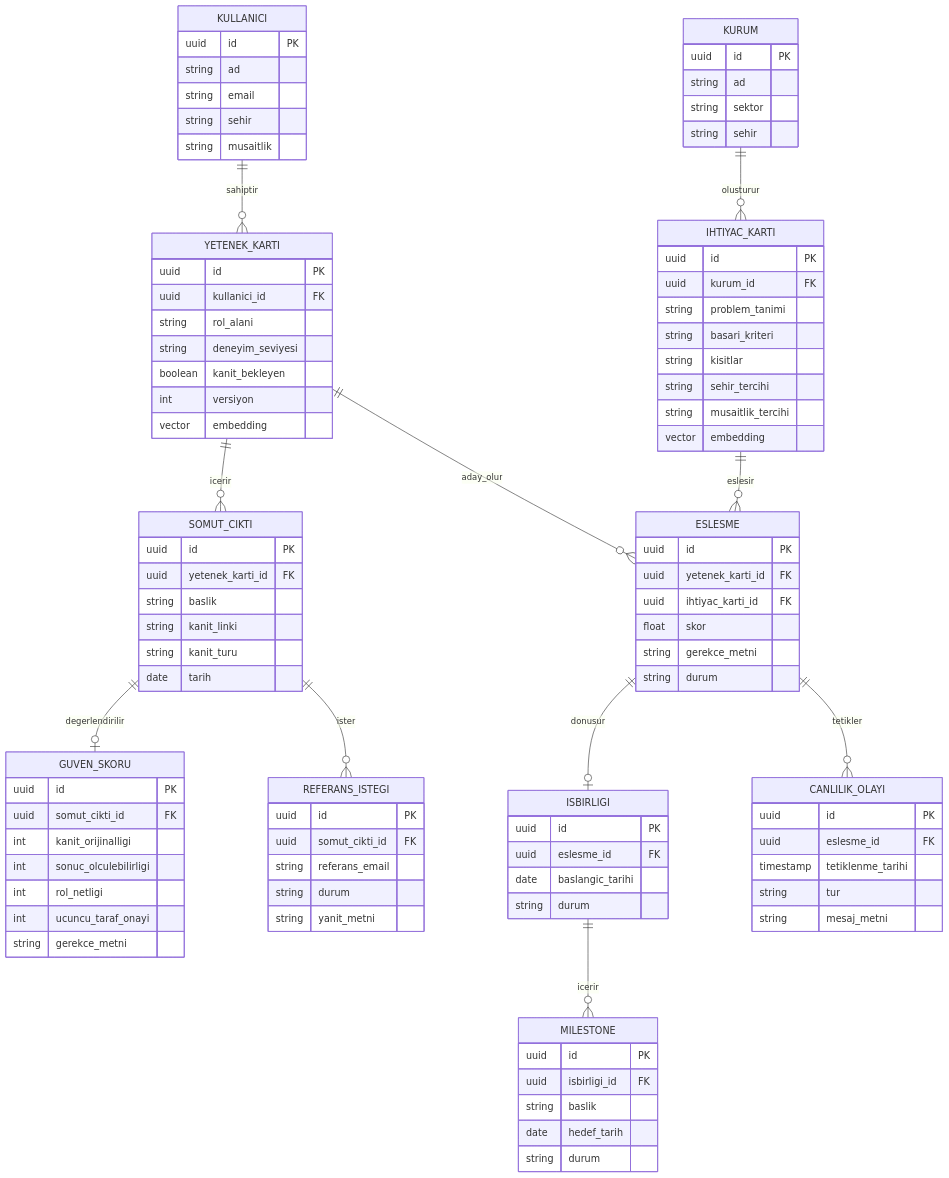
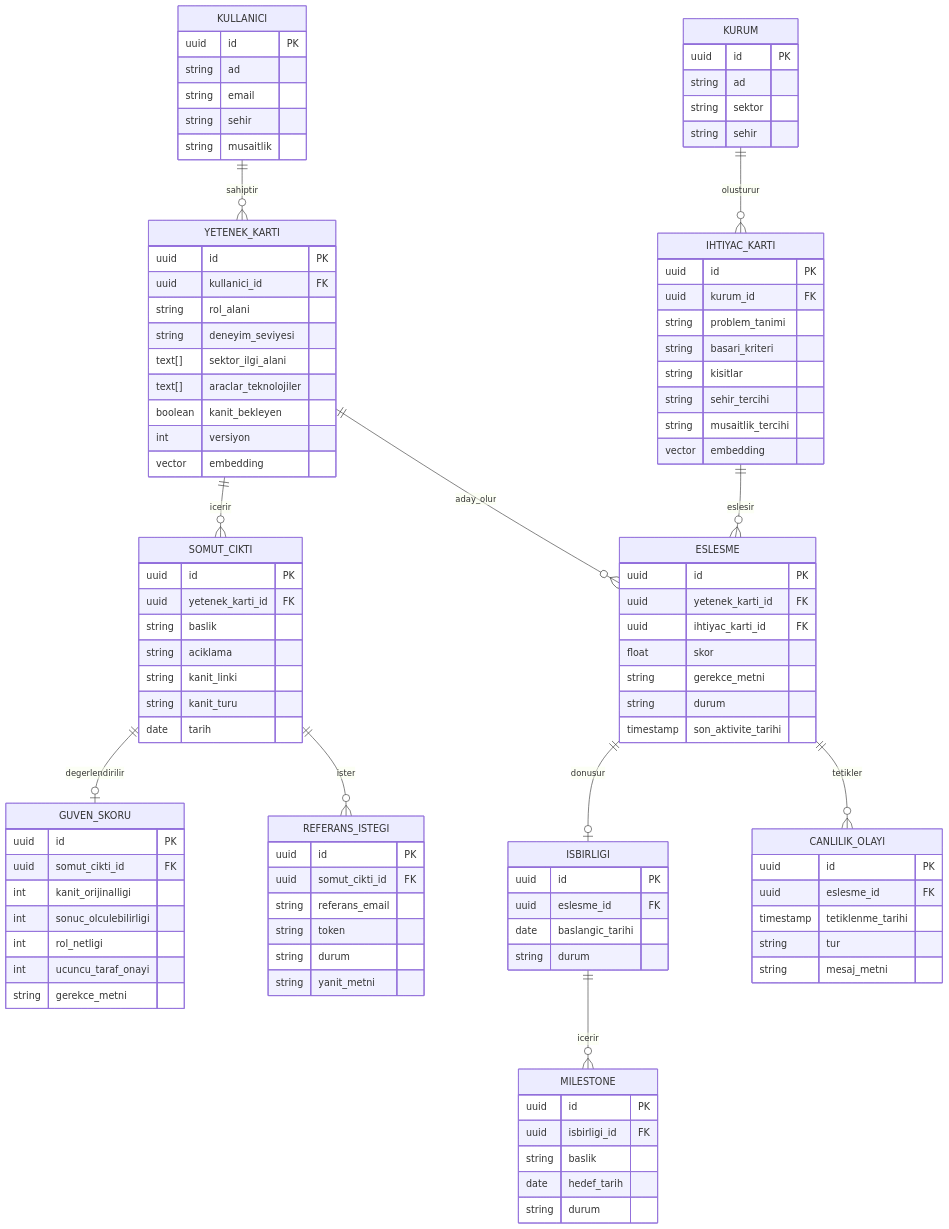
Before and after one commit to zuhrekorhn/Zemin360-Hackathon: the diagram in docs/data-schema.md, drawn with Mermaid. The commit also changed other lines of this file and 3 other files, not shown here.

```diff
--- a/docs/data-schema.md
+++ b/docs/data-schema.md
@@ -27,6 +27,8 @@
     uuid kullanici_id FK
     string rol_alani
     string deneyim_seviyesi
+    text[] sektor_ilgi_alani
+    text[] araclar_teknolojiler
     boolean kanit_bekleyen
     int versiyon
     vector embedding
@@ -35,6 +37,7 @@
     uuid id PK
     uuid yetenek_karti_id FK
     string baslik
+    string aciklama
     string kanit_linki
     string kanit_turu
     date tarih
@@ -52,6 +55,7 @@
     uuid id PK
     uuid somut_cikti_id FK
     string referans_email
+    string token
     string durum
     string yanit_metni
   }
@@ -78,6 +82,7 @@
     float skor
     string gerekce_metni
     string durum
+    timestamp son_aktivite_tarihi
   }
   ISBIRLIGI {
     uuid id PK
```
